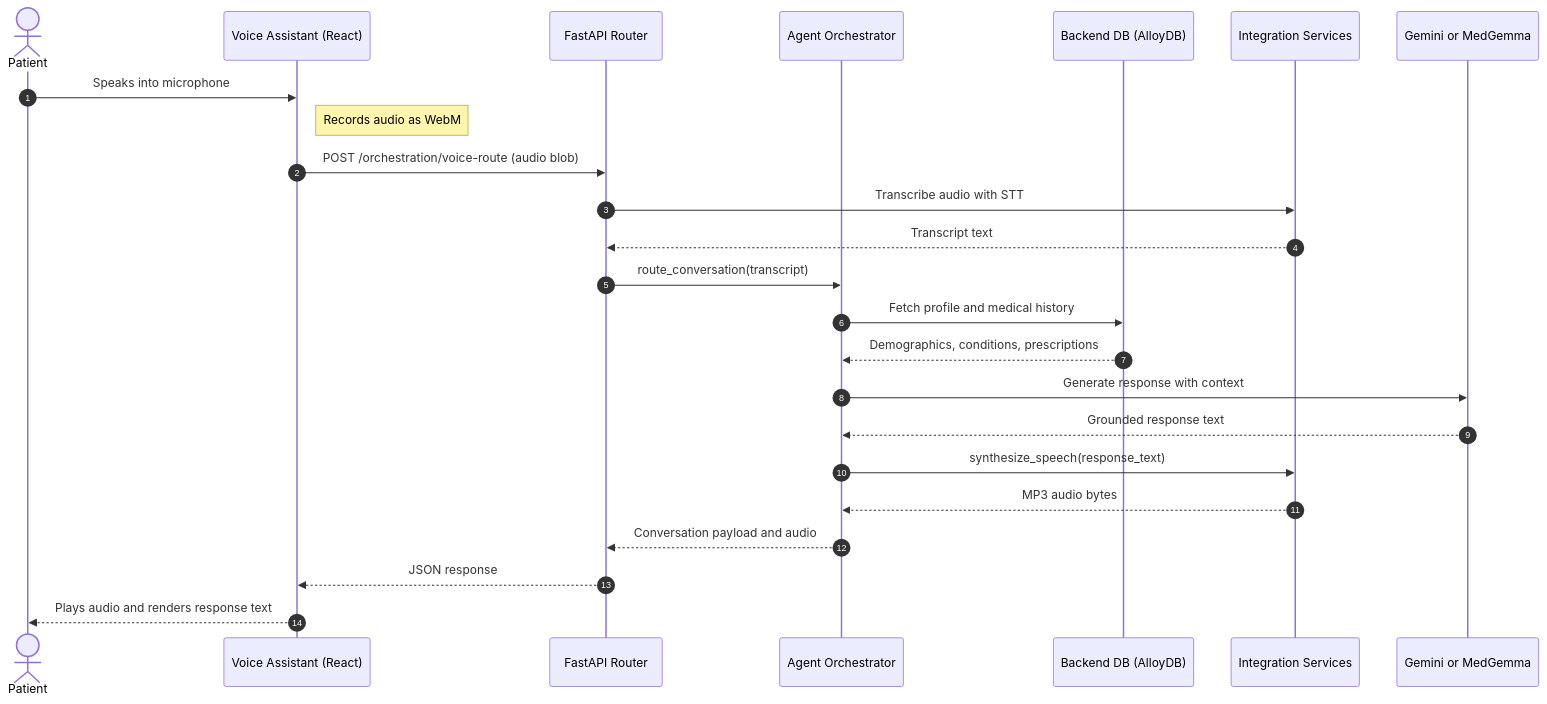
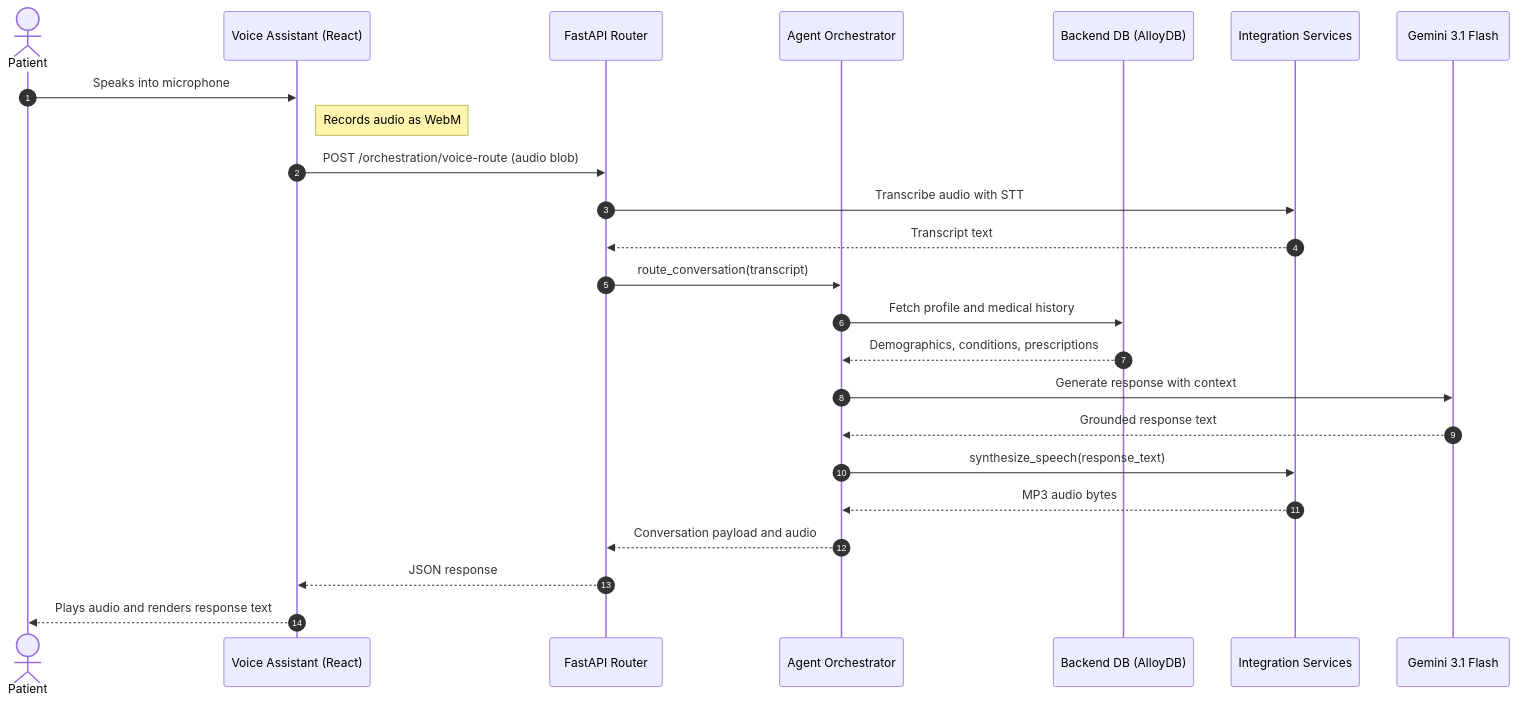
The second of 3 diagrams in docs/ARCHITECTURE_AND_DESIGN.md (shreeshbhat04-ctrl/Cure-Quest), drawn with Mermaid before and after one commit. The commit also changed other lines of this file and 31 other files, not shown here.

````diff
--- a/docs/ARCHITECTURE_AND_DESIGN.md
+++ b/docs/ARCHITECTURE_AND_DESIGN.md
@@ -146,32 +183,32 @@
 ```mermaid
 sequenceDiagram
     autonumber
     actor Patient
     participant VoiceUI as Voice Assistant (React)
     participant API as FastAPI Router
     participant Orchestrator as Agent Orchestrator
     participant Brain as Backend DB (AlloyDB)
     participant Integrations as Integration Services
-    participant LLM as Gemini or MedGemma
+    participant LLM as Gemini 3.1 Flash
 
     Patient->>VoiceUI: Speaks into microphone
     Note right of VoiceUI: Records audio as WebM
     VoiceUI->>API: POST /orchestration/voice-route (audio blob)
 
     API->>Integrations: Transcribe audio with STT
     Integrations-->>API: Transcript text
 
     API->>Orchestrator: route_conversation(transcript)
     Orchestrator->>Brain: Fetch profile and medical history
     Brain-->>Orchestrator: Demographics, conditions, prescriptions
 
     Orchestrator->>LLM: Generate response with context
     LLM-->>Orchestrator: Grounded response text
 
     Orchestrator->>Integrations: synthesize_speech(response_text)
     Integrations-->>Orchestrator: MP3 audio bytes
 
     Orchestrator-->>API: Conversation payload and audio
     API-->>VoiceUI: JSON response
     VoiceUI-->>Patient: Plays audio and renders response text
 ```
````
